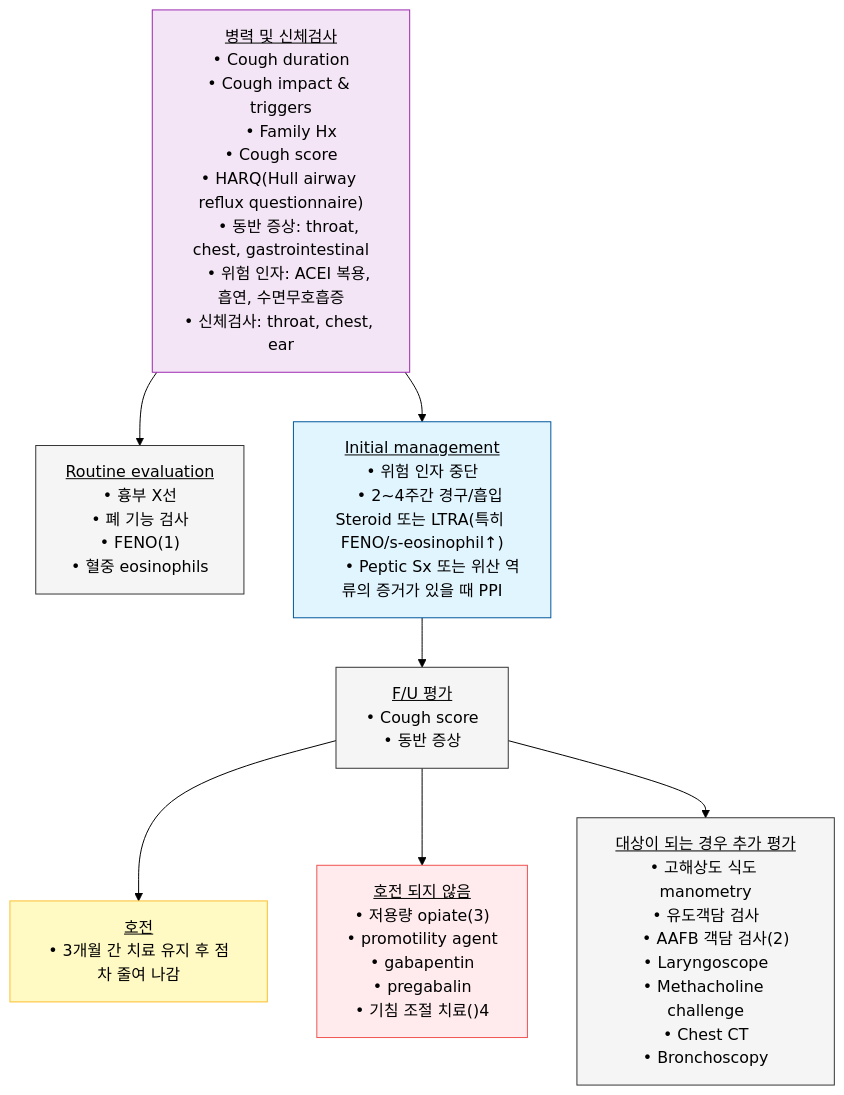
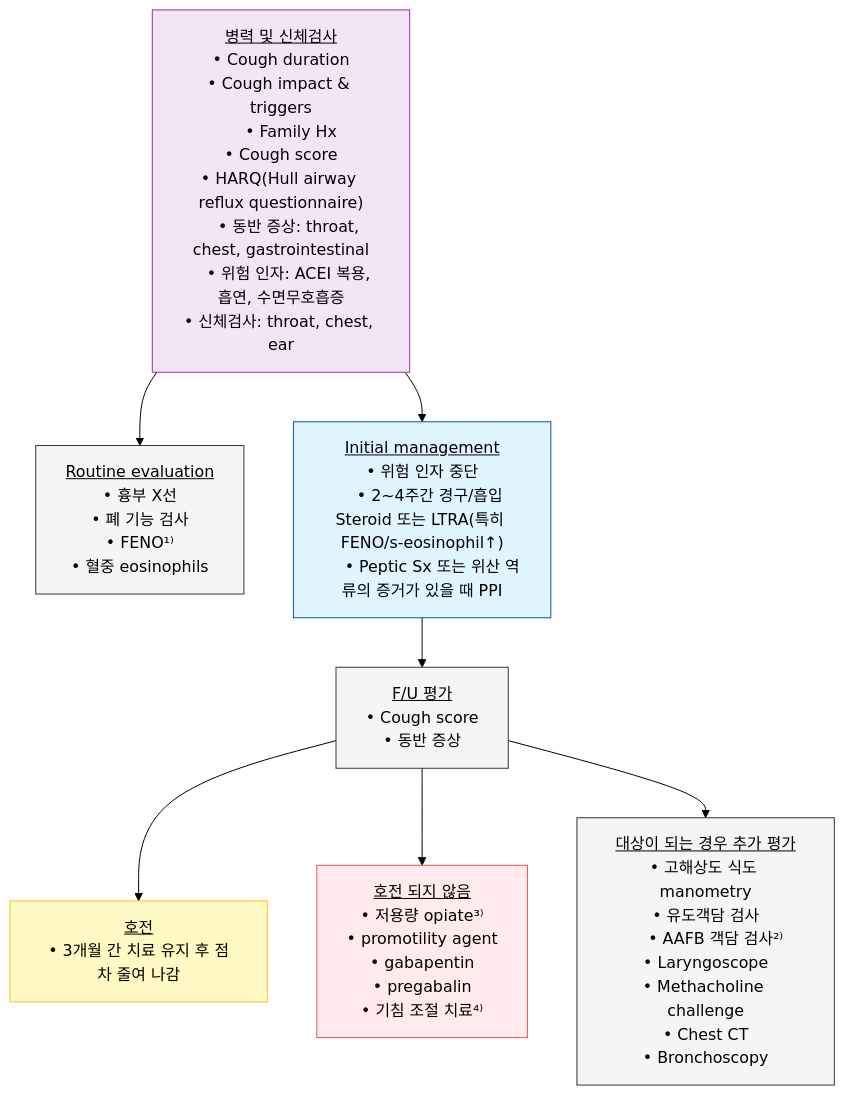
One commit to familyoh77/familyoh77 changed the fourth of 4 diagrams in 220_/006_-cough.md. Above: the diagram before and after it, drawn with Mermaid (forest theme). The commit also changed other lines of this file, not shown here.

````diff
--- a/220_/006_-cough.md
+++ b/220_/006_-cough.md
@@ -351,33 +346,33 @@
 ```mermaid
 graph TD
     %% Start 박스 가로 너비 확장
     Start["<u>병력 및 신체검사</u><br/>• Cough duration<br/>• Cough impact & triggers
     • Family Hx<br/>• Cough score<br/>• HARQ(Hull airway reflux questionnaire)
     • 동반 증상: throat, chest, gastrointestinal
     • 위험 인자: ACEI 복용, 흡연, 수면무호흡증<br/>• 신체검사: throat, chest, ear"]
 
-    Start --> Routine["<u>Routine evaluation</u><br/>• 흉부 X선<br/>• 폐 기능 검사<br/>• FENO(1)
+    Start --> Routine["<u>Routine evaluation</u><br/>• 흉부 X선<br/>• 폐 기능 검사<br/>• FENO¹⁾
     • 혈중 eosinophils"]
     
     Start --> Initial["<u>Initial management</u><br/>• 위험 인자 중단
     • 2~4주간 경구/흡입 Steroid 또는 LTRA(특히 FENO/s-eosinophil↑)
     • Peptic Sx 또는 위산 역류의 증거가 있을 때 PPI"]
 
     Initial --> FU["<u>F/U 평가</u><br/>• Cough score<br/>• 동반 증상"]
 
     FU --> Improved["<u>호전</u><br/>• 3개월 간 치료 유지 후 점차 줄여 나감"]
     FU --> NotImproved["<u>호전 되지 않음</u>
-    • 저용량 opiate(3)<br/> • promotility agent<br/>• gabapentin<br/>• pregabalin<br/>• 기침 조절 치료()4"]
+    • 저용량 opiate³⁾<br/> • promotility agent<br/>• gabapentin<br/>• pregabalin<br/>• 기침 조절 치료⁴⁾"]
 
     FU --> AddEval["<u>대상이 되는 경우 추가 평가</u><br/>• 고해상도 식도 manometry<br/>• 유도객담 검사
-    • AAFB 객담 검사(2)<br/>• Laryngoscope<br/>• Methacholine challenge<br/>• Chest CT<br/>• Bronchoscopy"]
+    • AAFB 객담 검사²⁾<br/>• Laryngoscope<br/>• Methacholine challenge<br/>• Chest CT<br/>• Bronchoscopy"]
 
     %% 스타일 설정
     style Start fill:#f3e5f5,stroke:#9c27b0
     style Routine fill:#f5f5f5,stroke:#333
     style Initial fill:#e1f5fe,stroke:#01579b
     style FU fill:#f5f5f5,stroke:#333
     style Improved fill:#fff9c4,stroke:#fbc02d
     style NotImproved fill:#ffebee,stroke:#ef5350
     style AddEval fill:#f5f5f5,stroke:#333
 ```
````
